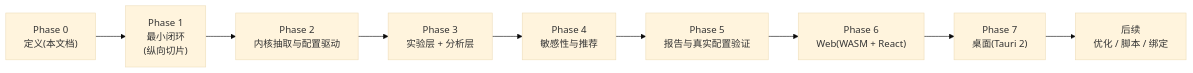
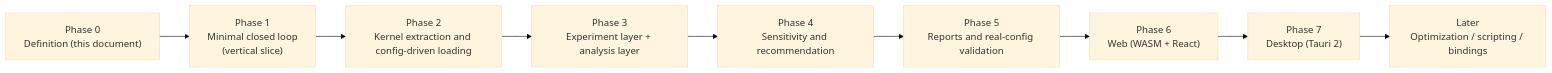
One commit to cuihairu/sandtable changed the diagram in docs/guide/18-roadmap.md. Above: the diagram before and after it, drawn with Mermaid (base theme). The commit also changed other lines of this file and 95 other files, not shown here.

````diff
--- a/docs/guide/18-roadmap.md
+++ b/docs/guide/18-roadmap.md
@@ -19,11 +19,11 @@
 ```mermaid
 flowchart LR
-    P0["Phase 0<br>定义(本文档)"] --> P1["Phase 1<br>最小闭环<br>(纵向切片)"]
-    P1 --> P2["Phase 2<br>内核抽取与配置驱动"]
-    P2 --> P3["Phase 3<br>实验层 + 分析层"]
-    P3 --> P4["Phase 4<br>敏感性与推荐"]
-    P4 --> P5["Phase 5<br>报告与真实配置验证"]
-    P5 --> P6["Phase 6<br>Web(WASM + React)"]
-    P6 --> P7["Phase 7<br>桌面(Tauri 2)"]
-    P7 --> FU["后续<br>优化 / 脚本 / 绑定"]
+    P0["Phase 0<br>Definition (this document)"] --> P1["Phase 1<br>Minimal closed loop<br>(vertical slice)"]
+    P1 --> P2["Phase 2<br>Kernel extraction and config-driven loading"]
+    P2 --> P3["Phase 3<br>Experiment layer + analysis layer"]
+    P3 --> P4["Phase 4<br>Sensitivity and recommendation"]
+    P4 --> P5["Phase 5<br>Reports and real-config validation"]
+    P5 --> P6["Phase 6<br>Web (WASM + React)"]
+    P6 --> P7["Phase 7<br>Desktop (Tauri 2)"]
+    P7 --> FU["Later<br>Optimization / scripting / bindings"]
 ```
````
